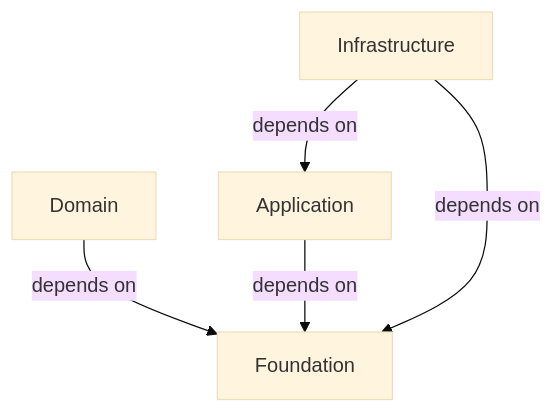
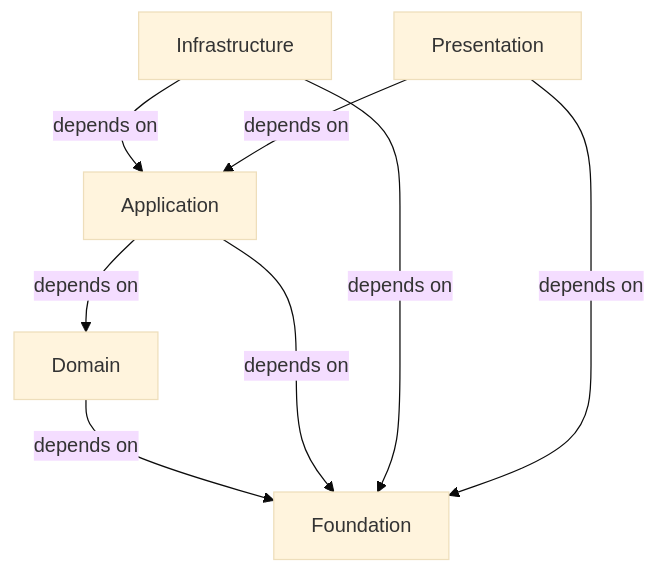
The diagram in docs/reference/foundation.md (forging-blocks-org/forging-blocks), drawn with Mermaid (base theme) before and after one commit. The commit also changed other lines of this file, not shown here.

````diff
--- a/docs/reference/foundation.md
+++ b/docs/reference/foundation.md
@@ -26,7 +26,10 @@
 ```mermaid
 flowchart TD
     D[Domain] -->|depends on| F[Foundation]
     A[Application] -->|depends on| F
+    A -->|depends on| D
     I[Infrastructure] -->|depends on| A
     I -->|depends on| F
+    P[Presentation] -->|depends on| A
+    P -->|depends on| F
 ```
````
